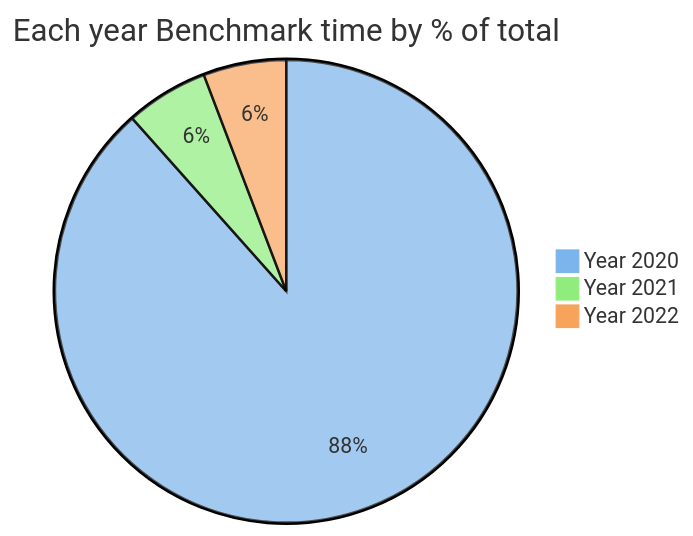
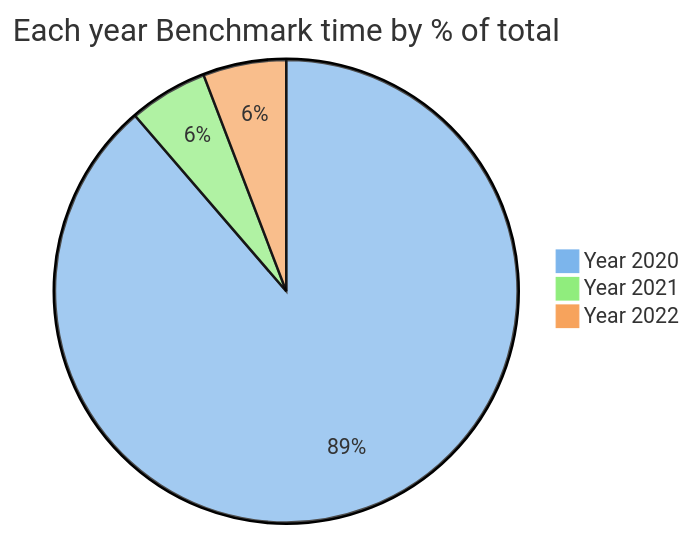
One commit to maneatingape/advent-of-code-rust changed the first of 4 diagrams in README.md. Above: the diagram before and after it, drawn with Mermaid. The commit also changed other lines of this file and 1 other file, not shown here.

````diff
--- a/README.md
+++ b/README.md
@@ -45,8 +45,8 @@
 ```mermaid
 %%{init: {'theme': 'base', 'themeVariables': { 'pie1': '#7cb5ec', 'pie2': '#90ed7d', 'pie3': '#f7a35c'}}}%%
 pie
     title Each year Benchmark time by % of total
     "Year 2020" : 290
-    "Year 2021" : 19
+    "Year 2021" : 18
     "Year 2022" : 19
 ```
````
